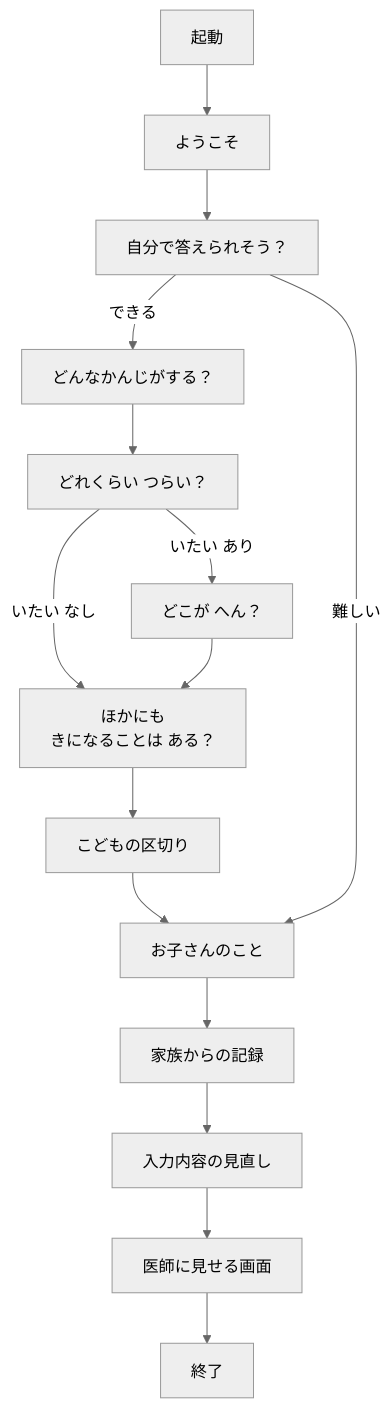
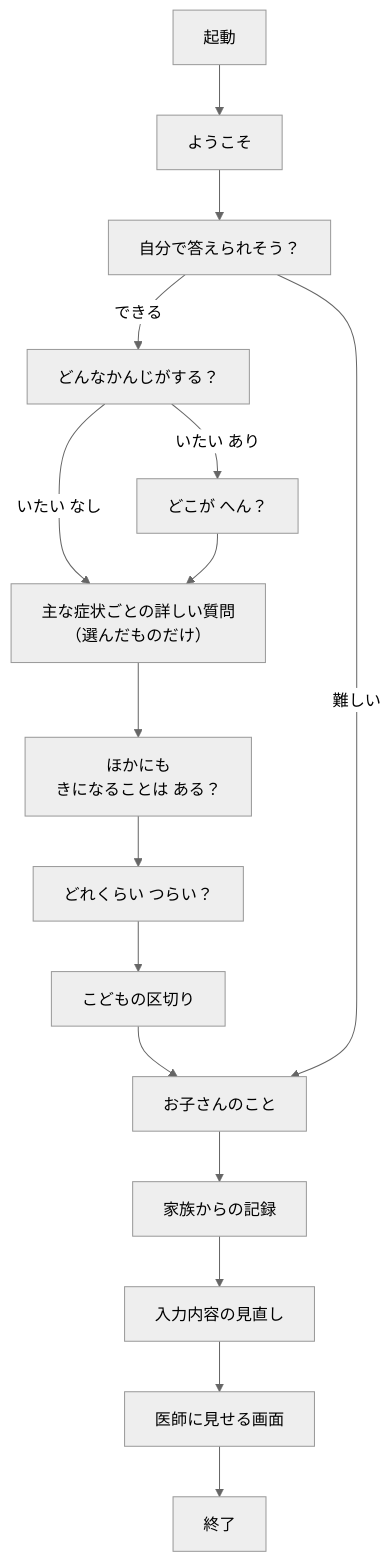
Before and after one commit to Devfest-Hackathon-2026/df-2026-t188: the first of 2 diagrams in README.md, drawn with Mermaid (neutral theme). The commit also changed other lines of this file and 13 other files, not shown here.

````diff
--- a/README.md
+++ b/README.md
@@ -46,17 +46,18 @@
 ```mermaid
 flowchart TD
   S["起動"] --> A["ようこそ"]
   A --> B["自分で答えられそう？"]
   B -- "できる" --> C1["どんなかんじがする？"]
-  C1 --> C2["どれくらい つらい？"]
-  C2 -- "いたい あり" --> C3["どこが へん？"]
-  C2 -- "いたい なし" --> C4["ほかにも<br/>きになることは ある？"]
-  C3 --> C4
-  C4 --> K["こどもの区切り"]
+  C1 -- "いたい あり" --> C2["どこが へん？"]
+  C1 -- "いたい なし" --> C3["主な症状ごとの詳しい質問<br/>（選んだものだけ）"]
+  C2 --> C3
+  C3 --> C4["ほかにも<br/>きになることは ある？"]
+  C4 --> C5["どれくらい つらい？"]
+  C5 --> K["こどもの区切り"]
   K --> D1["お子さんのこと"]
   B -- "難しい" --> D1
   D1 --> D2["家族からの記録"]
   D2 --> E["入力内容の見直し"]
   E --> F["医師に見せる画面"]
   F --> G["終了"]
 ```
````
